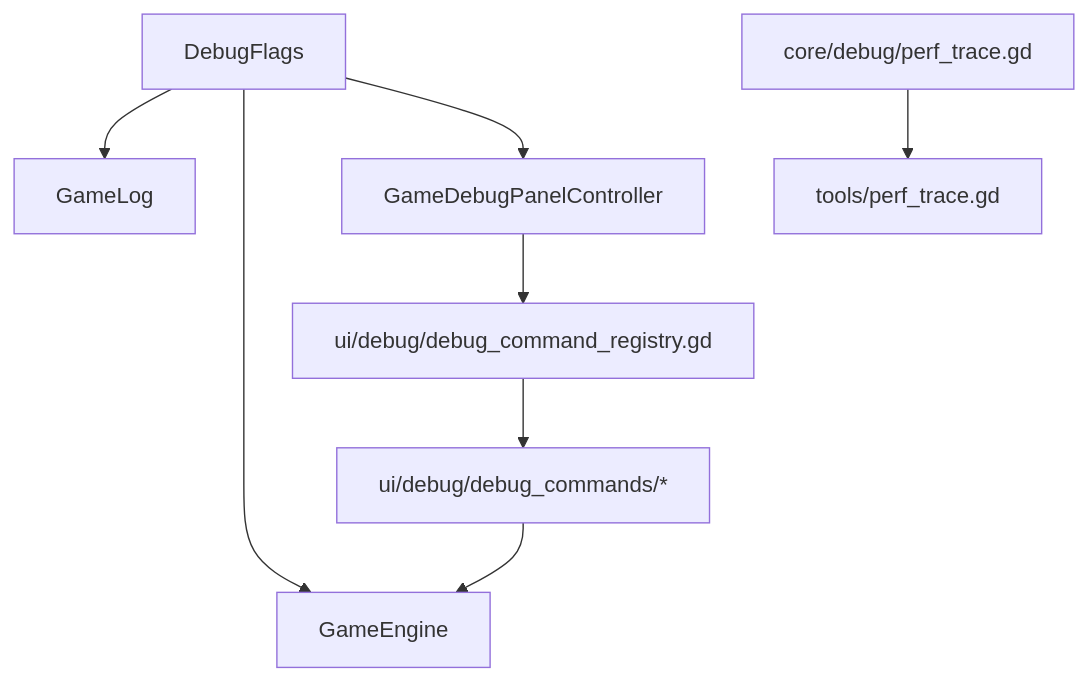
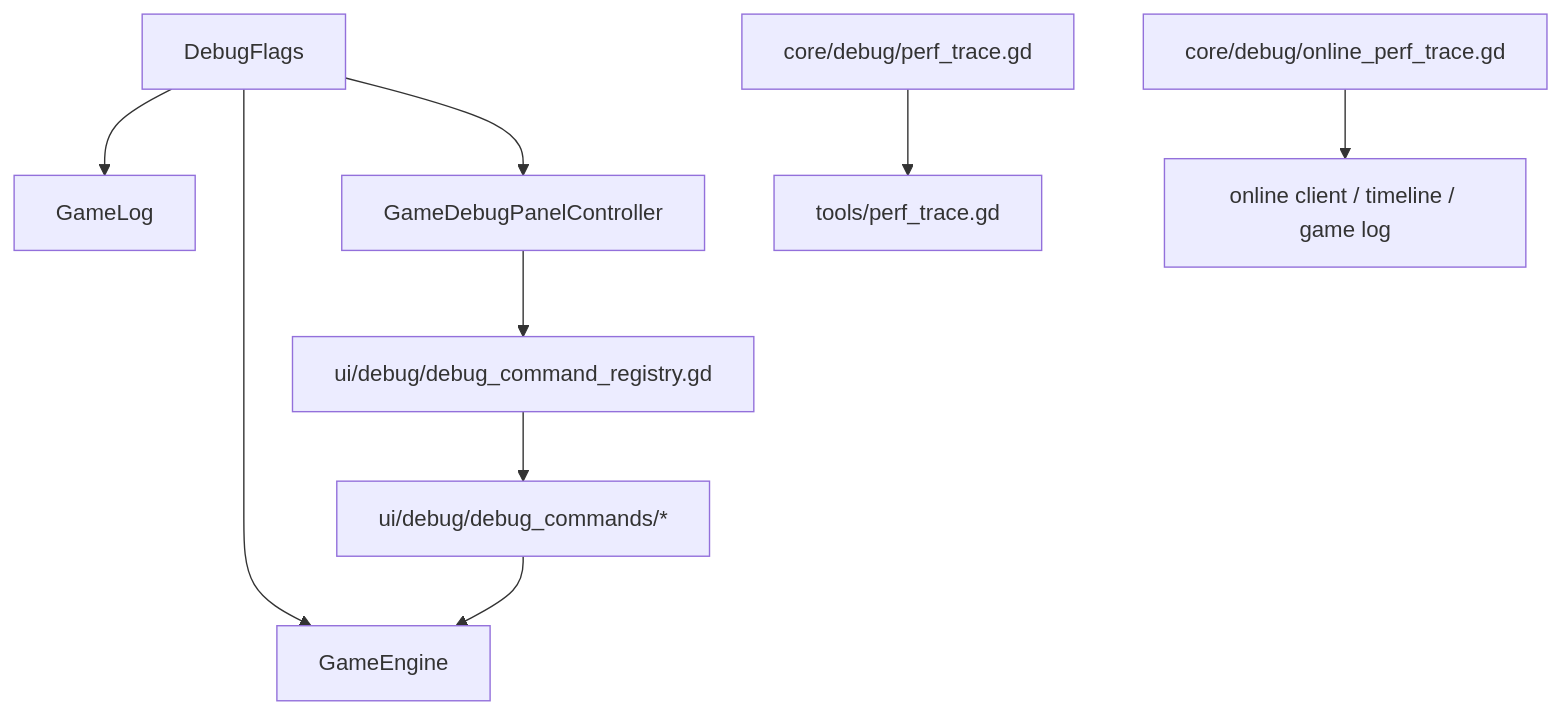
Before and after one commit to ygowill/food_chain_magnate: the diagram in docs/architecture/25-debug-and-profiling.md, drawn with Mermaid. The commit also changed other lines of this file and 5 other files, not shown here.

Commit message:
docs(online): sync resume timeline and perf architecture

````diff
--- a/docs/architecture/25-debug-and-profiling.md
+++ b/docs/architecture/25-debug-and-profiling.md
@@ -11,17 +20,20 @@
 ```mermaid
 flowchart TB
   DF["DebugFlags"]
   GL["GameLog"]
   Panel["GameDebugPanelController"]
   Reg["ui/debug/debug_command_registry.gd"]
   Cmds["ui/debug/debug_commands/*"]
   GE["GameEngine"]
   PT["core/debug/perf_trace.gd"]
   Tools["tools/perf_trace.gd"]
+  OPT["core/debug/online_perf_trace.gd"]
+  Online["online client / timeline / game log"]
 
   DF --> GL
   DF --> GE
   DF --> Panel
   Panel --> Reg --> Cmds --> GE
   PT --> Tools
+  OPT --> Online
 ```
````
